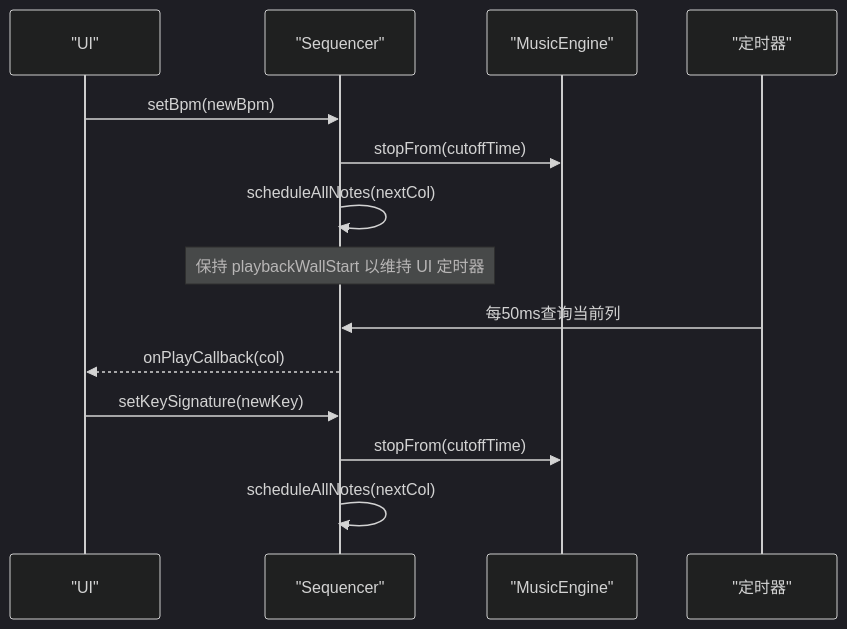
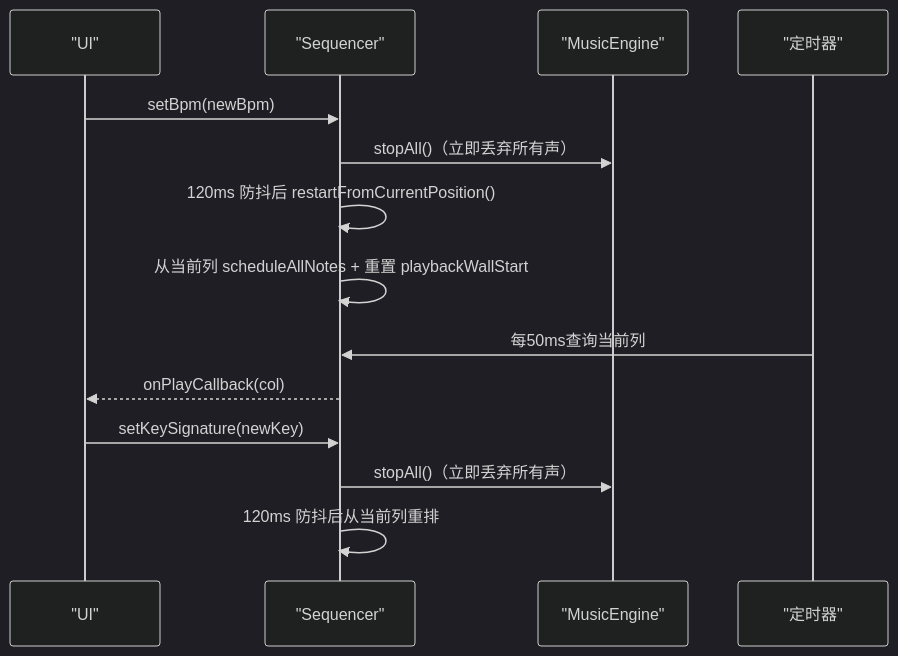
Before and after one commit to wingmeng/SUBOR-Music-Board: the fifth of 6 diagrams in wiki/音乐引擎核心/音乐引擎核心.md, drawn with Mermaid (dark theme). The commit also changed other lines of this file and 45 other files, not shown here.

````diff
--- a/wiki/音乐引擎核心/音乐引擎核心.md
+++ b/wiki/音乐引擎核心/音乐引擎核心.md
@@ -230,16 +230,16 @@
 ```mermaid
 sequenceDiagram
 participant UI as "UI"
 participant Seq as "Sequencer"
 participant Eng as "MusicEngine"
 participant Timer as "定时器"
 UI->>Seq : setBpm(newBpm)
-Seq->>Eng : stopFrom(cutoffTime)
-Seq->>Seq : scheduleAllNotes(nextCol)
-Note over Seq : 保持 playbackWallStart 以维持 UI 定时器
+Seq->>Eng : stopAll()（立即丢弃所有声）
+Seq->>Seq : 120ms 防抖后 restartFromCurrentPosition()
+Seq->>Seq : 从当前列 scheduleAllNotes + 重置 playbackWallStart
 Timer->>Seq : 每50ms查询当前列
 Seq-->>UI : onPlayCallback(col)
 UI->>Seq : setKeySignature(newKey)
-Seq->>Eng : stopFrom(cutoffTime)
-Seq->>Seq : scheduleAllNotes(nextCol)
+Seq->>Eng : stopAll()（立即丢弃所有声）
+Seq->>Seq : 120ms 防抖后从当前列重排
 ```
````
